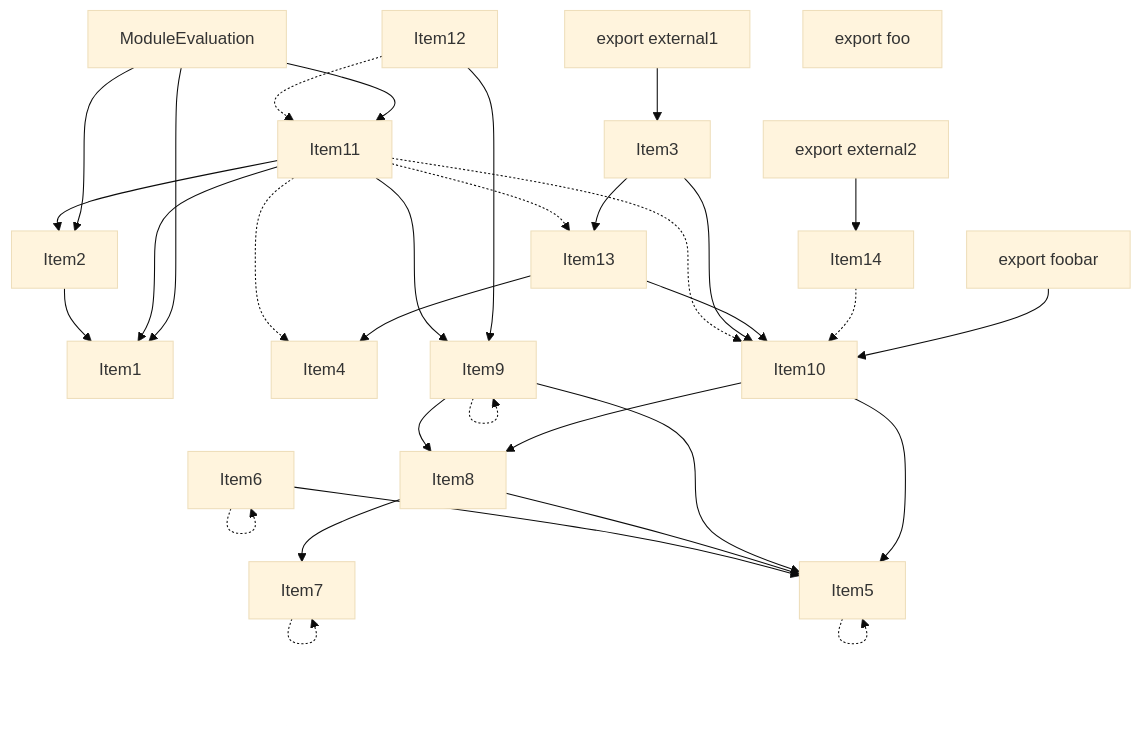
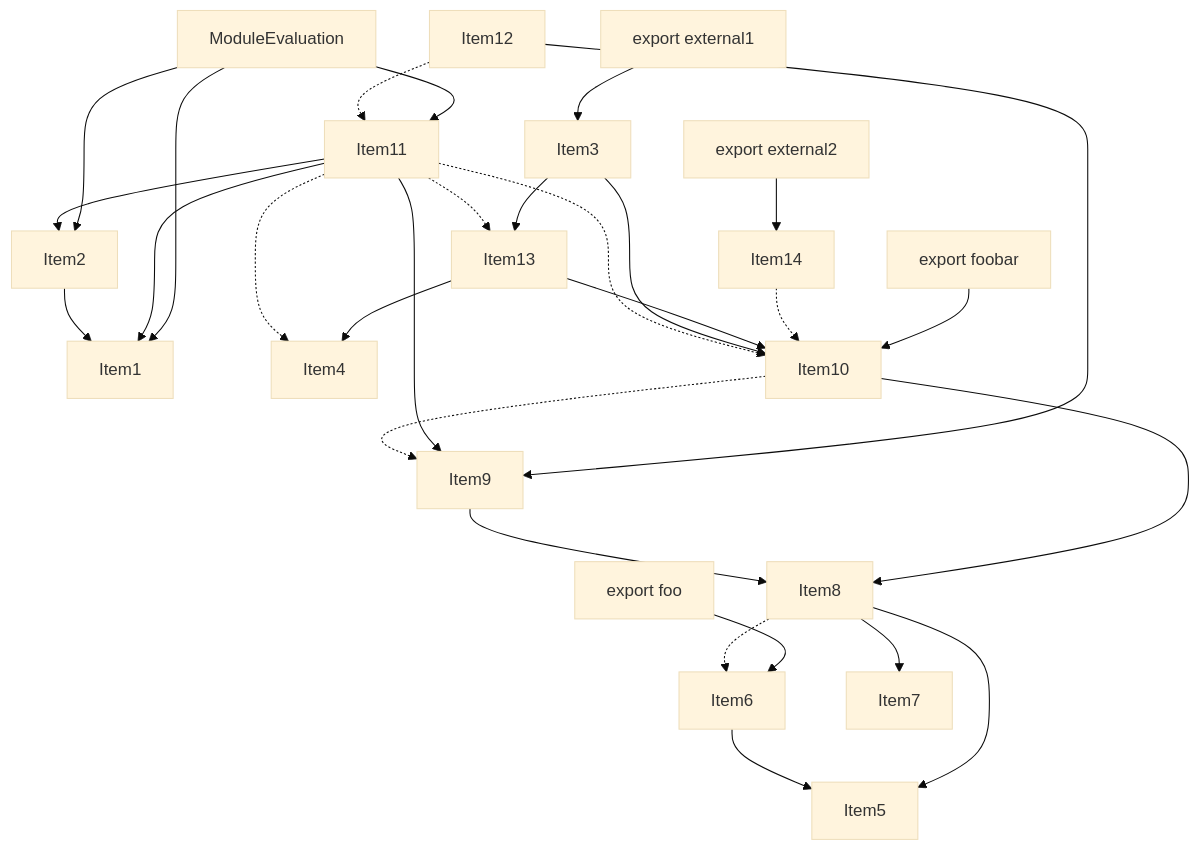
Before and after one commit to vercel/turborepo: the fourth of 5 diagrams in crates/turbopack-ecmascript/tests/tree-shaker/analyzer/2/output.md, drawn with Mermaid (base theme). The commit also changed other lines of this file and 20 other files, not shown here.

````diff
--- a/crates/turbopack-ecmascript/tests/tree-shaker/analyzer/2/output.md
+++ b/crates/turbopack-ecmascript/tests/tree-shaker/analyzer/2/output.md
@@ -290,58 +282,55 @@
 ```mermaid
 graph TD
     Item3;
     Item1;
     Item4;
     Item5;
     Item6;
     Item7;
     Item8;
     Item9;
     Item10;
     Item11;
     Item12;
     Item13;
     Item14;
     Item2;
     Item15;
     Item15["ModuleEvaluation"];
     Item16;
     Item16["export external1"];
     Item17;
     Item17["export foobar"];
     Item18;
     Item18["export foo"];
     Item19;
     Item19["export external2"];
     Item2 --> Item1;
-    Item5 -.-> Item5;
     Item6 --> Item5;
-    Item6 -.-> Item6;
-    Item7 -.-> Item7;
     Item8 --> Item7;
     Item8 --> Item5;
+    Item8 -.-> Item6;
     Item9 --> Item8;
-    Item9 --> Item5;
-    Item9 -.-> Item9;
     Item10 --> Item8;
-    Item10 --> Item5;
+    Item10 -.-> Item9;
     Item11 --> Item9;
     Item11 --> Item1;
     Item11 --> Item2;
     Item11 -.-> Item13;
     Item11 -.-> Item10;
     Item11 -.-> Item4;
     Item12 --> Item9;
     Item12 -.-> Item11;
     Item3 --> Item13;
     Item3 --> Item10;
     Item13 --> Item4;
     Item13 --> Item10;
     Item14 -.-> Item10;
     Item15 --> Item1;
     Item15 --> Item2;
     Item15 --> Item11;
     Item16 --> Item3;
     Item17 --> Item10;
+    Item18 --> Item6;
     Item19 --> Item14;
 ```
````
